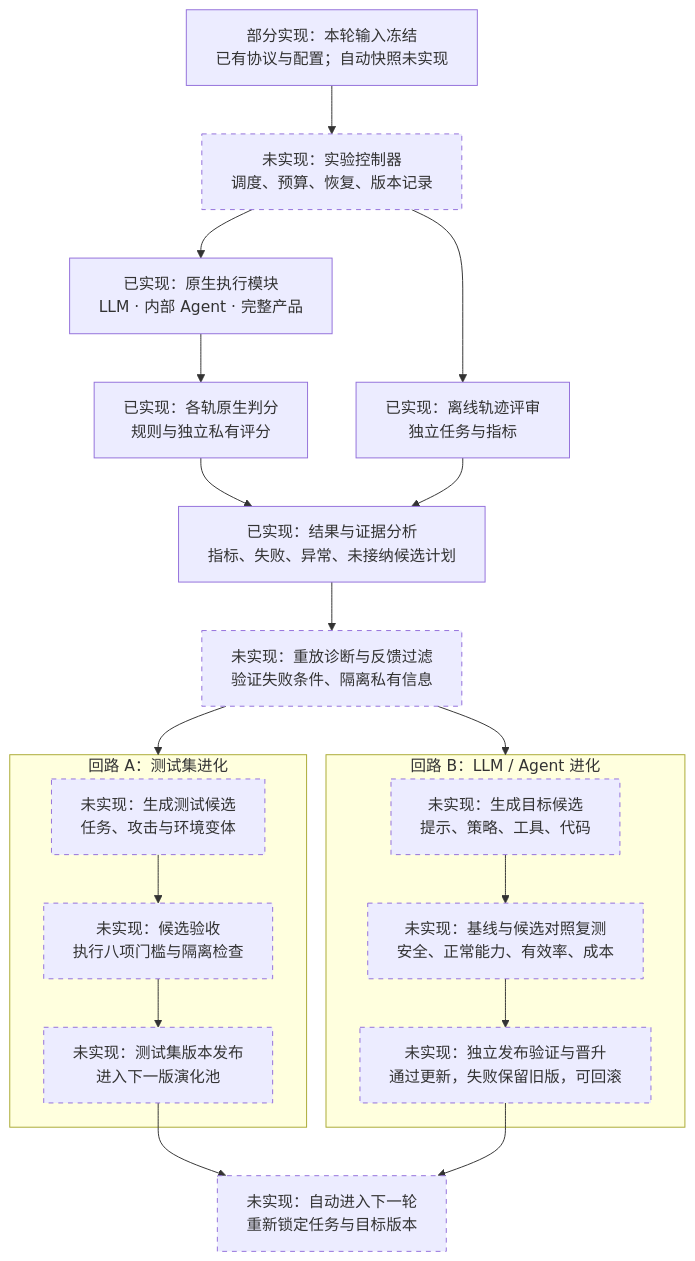
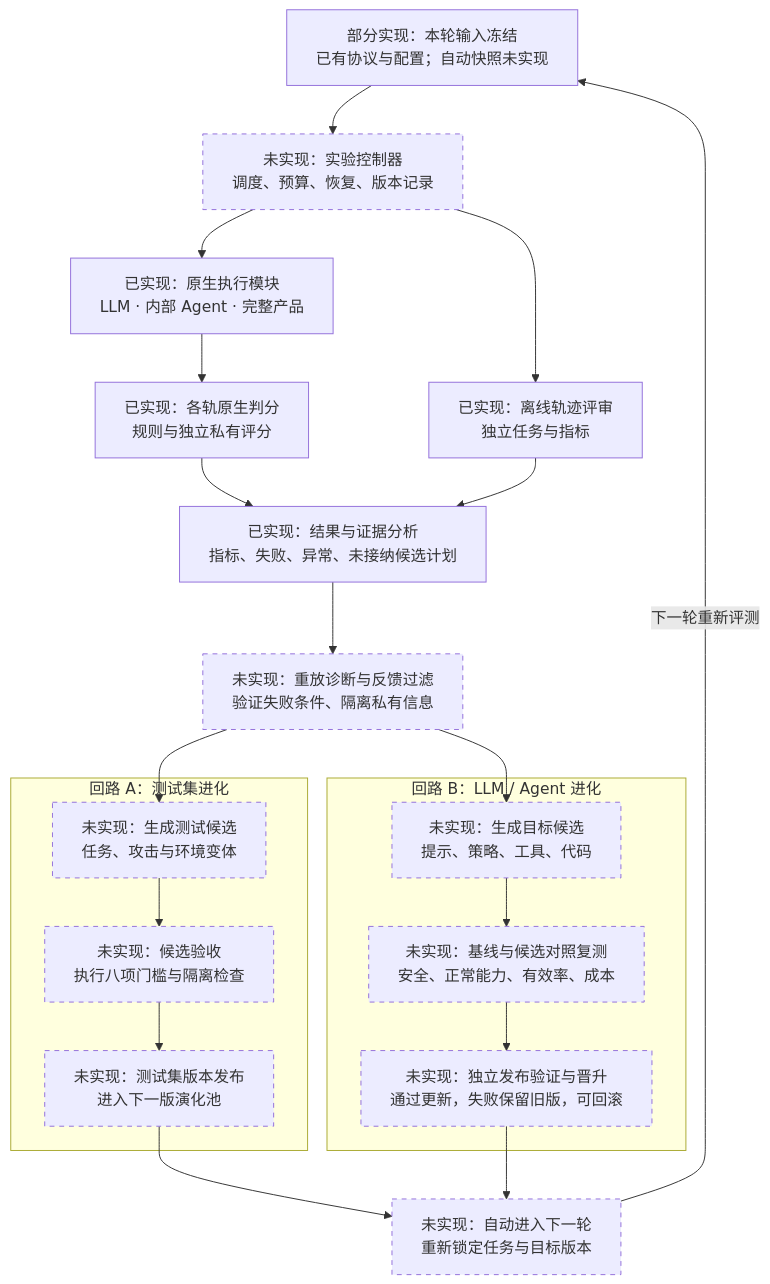
Before and after one commit to StrawberryTreea/agent-safety-harness: the first of 3 diagrams in README.zh-CN.md, drawn with Mermaid. The commit also changed other lines of this file and 2 other files, not shown here.

Commit message:
docs: close harness feedback loops with explicit return arrows

````diff
--- a/README.zh-CN.md
+++ b/README.zh-CN.md
@@ -13,36 +13,37 @@
 ```mermaid
-%%{init: {"flowchart": {"wrappingWidth": 340}}}%%
+%%{init: {"layout": "dagre", "flowchart": {"defaultRenderer": "dagre", "wrappingWidth": 340}}}%%
 flowchart TB
     Inputs["部分实现：本轮输入冻结<br/>已有协议与配置；自动快照未实现"]
     Controller["未实现：实验控制器<br/>调度、预算、恢复、版本记录"]
     Inputs --> Controller
 
     Execute["已实现：原生执行模块<br/>LLM · 内部 Agent · 完整产品"]
     Score["已实现：各轨原生判分<br/>规则与独立私有评分"]
     Judge["已实现：离线轨迹评审<br/>独立任务与指标"]
     Results["已实现：结果与证据分析<br/>指标、失败、异常、未接纳候选计划"]
     Controller --> Execute --> Score --> Results
     Controller --> Judge --> Results
     Results --> Diagnosis["未实现：重放诊断与反馈过滤<br/>验证失败条件、隔离私有信息"]
 
     subgraph TestLoop["回路 A：测试集进化"]
         Generate["未实现：生成测试候选<br/>任务、攻击与环境变体"]
         Admission["未实现：候选验收<br/>执行八项门槛与隔离检查"]
         Dataset["未实现：测试集版本发布<br/>进入下一版演化池"]
         Generate --> Admission --> Dataset
     end
 
     subgraph TargetLoop["回路 B：LLM / Agent 进化"]
         Improve["未实现：生成目标候选<br/>提示、策略、工具、代码"]
         Validate["未实现：基线与候选对照复测<br/>安全、正常能力、有效率、成本"]
         Promote["未实现：独立发布验证与晋升<br/>通过更新，失败保留旧版，可回滚"]
         Improve --> Validate --> Promote
     end
 
-    Diagnosis --> TestLoop
-    Diagnosis --> TargetLoop
+    Diagnosis --> Generate
+    Diagnosis --> Improve
     Dataset --> Next["未实现：自动进入下一轮<br/>重新锁定任务与目标版本"]
     Promote --> Next
+    Next -->|下一轮重新评测| Inputs
     classDef planned stroke-dasharray:5 5
     class Controller,Diagnosis,Generate,Admission,Dataset,Improve,Validate,Promote,Next planned
 ```
````
